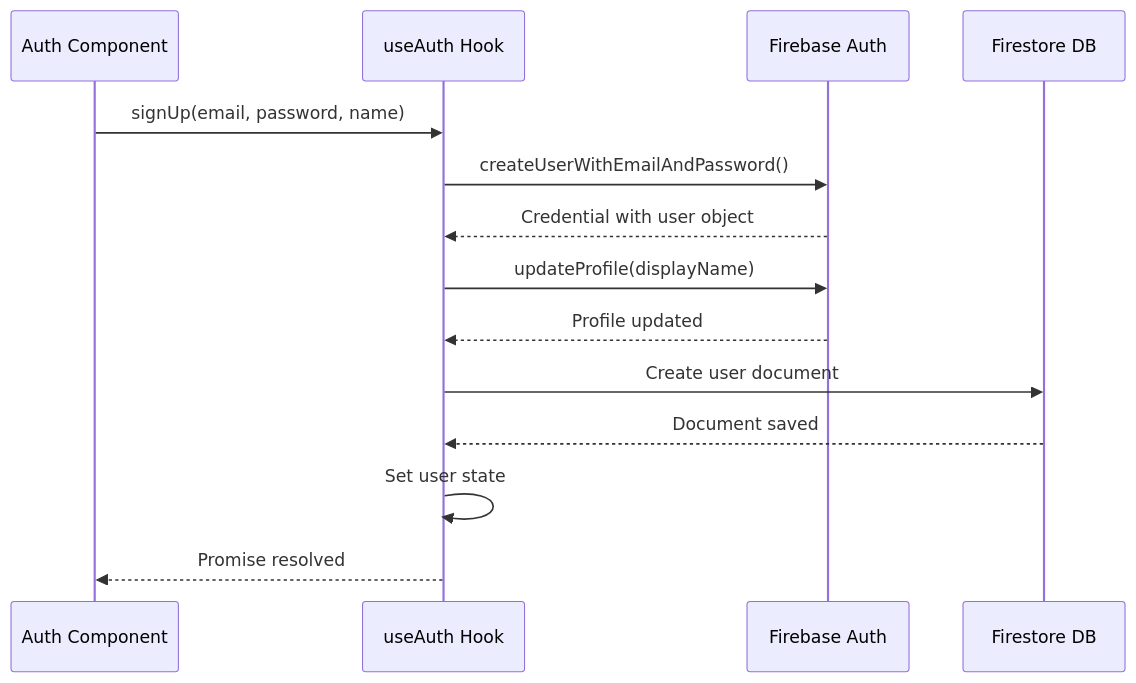
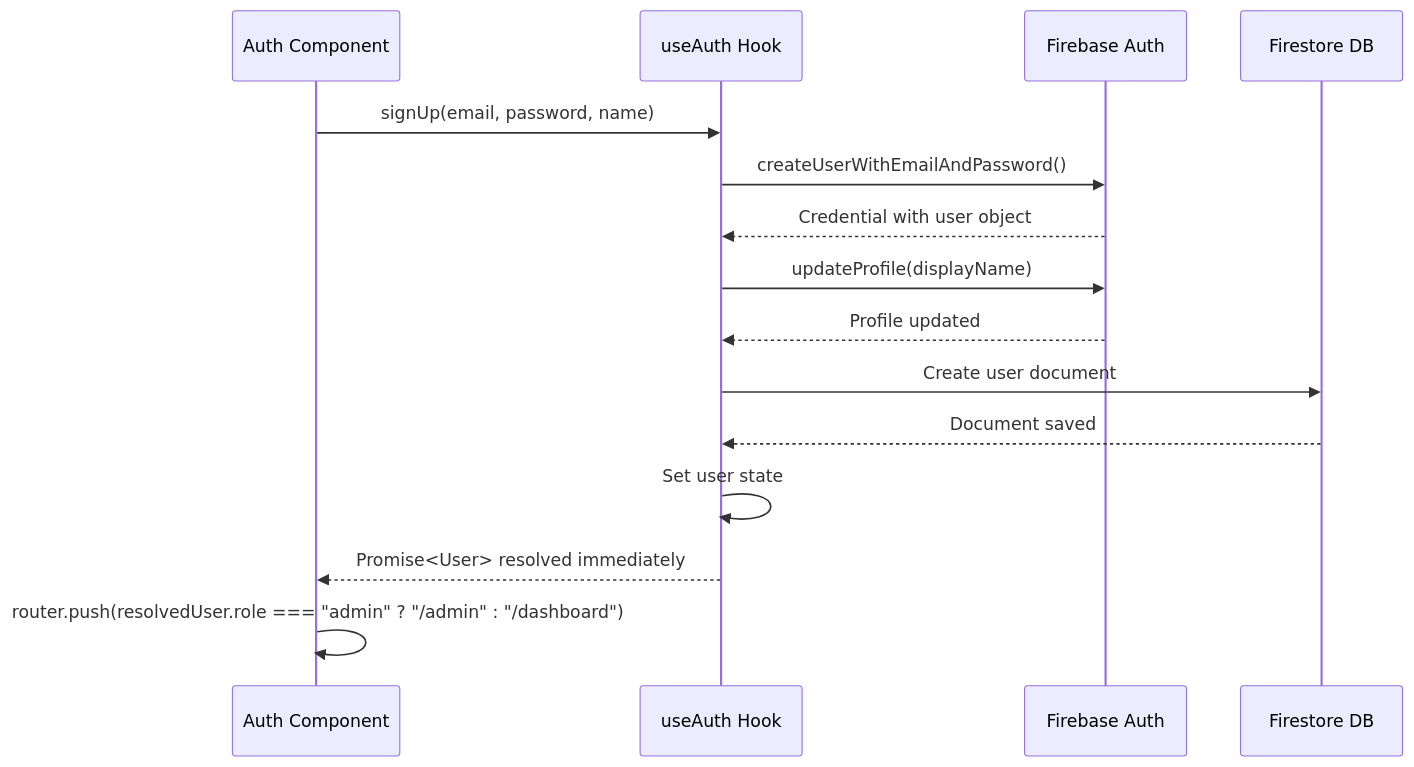
The fourth of 6 diagrams in .qoder/repowiki/en/content/Authentication System/Custom Auth Hook Implementation.md (alikizang/datafrica), drawn with Mermaid before and after one commit. The commit also changed other lines of this file and 21 other files, not shown here.

````diff
--- a/.qoder/repowiki/en/content/Authentication System/Custom Auth Hook Implementation.md
+++ b/.qoder/repowiki/en/content/Authentication System/Custom Auth Hook Implementation.md
@@ -209,16 +220,17 @@
 ```mermaid
 sequenceDiagram
 participant Component as Auth Component
 participant Hook as useAuth Hook
 participant Firebase as Firebase Auth
 participant Firestore as Firestore DB
 Component->>Hook : signUp(email, password, name)
 Hook->>Firebase : createUserWithEmailAndPassword()
 Firebase-->>Hook : Credential with user object
 Hook->>Firebase : updateProfile(displayName)
 Firebase-->>Hook : Profile updated
 Hook->>Firestore : Create user document
 Firestore-->>Hook : Document saved
 Hook->>Hook : Set user state
-Hook-->>Component : Promise resolved
+Hook-->>Component : Promise<User> resolved immediately
+Component->>Component : router.push(resolvedUser.role === "admin" ? "/admin" : "/dashboard")
 ```
````
